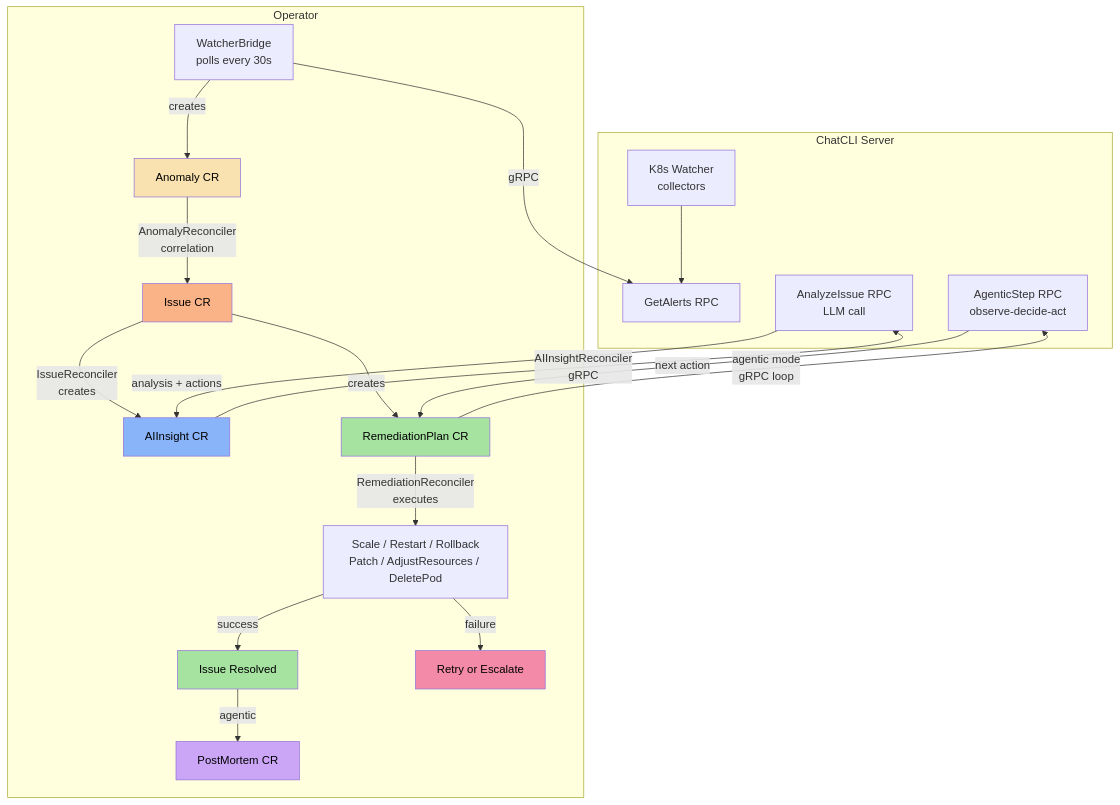
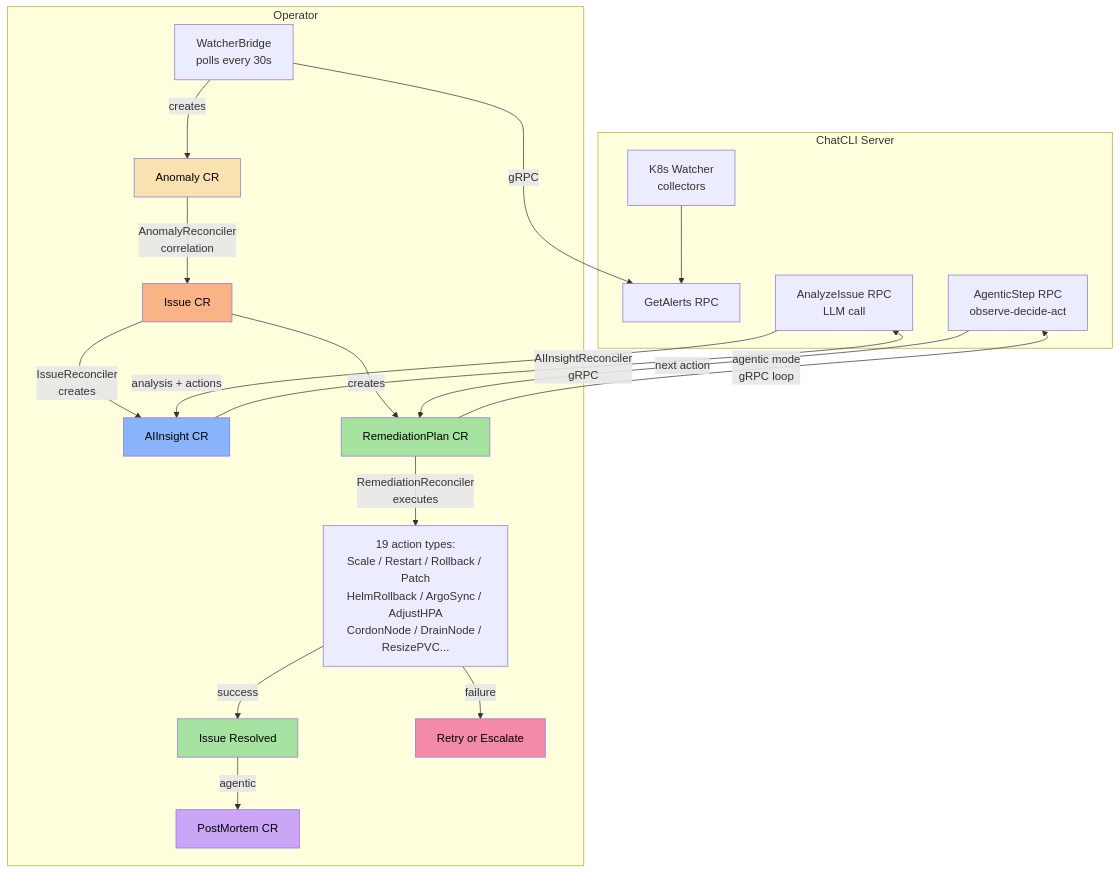
One commit to diillson/chatcli.ai changed the first of 2 diagrams in en/features/k8s-operator.mdx. Above: the diagram before and after it, drawn with Mermaid. The commit also changed other lines of this file and 14 other files, not shown here.

````diff
--- a/en/features/k8s-operator.mdx
+++ b/en/features/k8s-operator.mdx
@@ -69,32 +72,32 @@
 ```mermaid
 graph TD
     subgraph "ChatCLI Server"
         W[K8s Watcher<br/>collectors] --> GA[GetAlerts RPC]
         AI_RPC[AnalyzeIssue RPC<br/>LLM call]
         AG_RPC[AgenticStep RPC<br/>observe-decide-act]
     end
 
     subgraph "Operator"
         WB[WatcherBridge<br/>polls every 30s] -->|gRPC| GA
         WB -->|creates| ANOM[Anomaly CR]
         ANOM -->|AnomalyReconciler<br/>correlation| ISS[Issue CR]
         ISS -->|IssueReconciler<br/>creates| INSIGHT[AIInsight CR]
         INSIGHT -->|AIInsightReconciler<br/>gRPC| AI_RPC
         AI_RPC -->|analysis + actions| INSIGHT
         ISS -->|creates| PLAN[RemediationPlan CR]
-        PLAN -->|RemediationReconciler<br/>executes| ACTIONS[Scale / Restart / Rollback<br/>Patch / AdjustResources / DeletePod]
+        PLAN -->|RemediationReconciler<br/>executes| ACTIONS[19 action types:<br/>Scale / Restart / Rollback / Patch<br/>HelmRollback / ArgoSync / AdjustHPA<br/>CordonNode / DrainNode / ResizePVC...]
         PLAN -->|agentic mode<br/>gRPC loop| AG_RPC
         AG_RPC -->|next action| PLAN
         ACTIONS -->|success| RESOLVED[Issue Resolved]
         ACTIONS -->|failure| RETRY[Retry or Escalate]
         RESOLVED -->|agentic| PM[PostMortem CR]
     end
 
     style ANOM fill:#f9e2af,color:#000
     style ISS fill:#fab387,color:#000
     style INSIGHT fill:#89b4fa,color:#000
     style PLAN fill:#a6e3a1,color:#000
     style RESOLVED fill:#a6e3a1,color:#000
     style RETRY fill:#f38ba8,color:#000
     style PM fill:#cba6f7,color:#000
 ```
````
